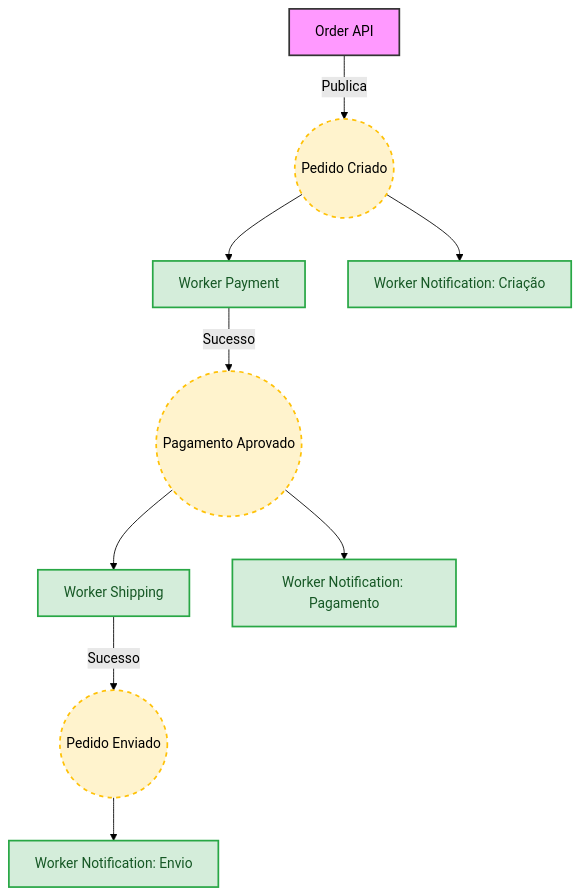
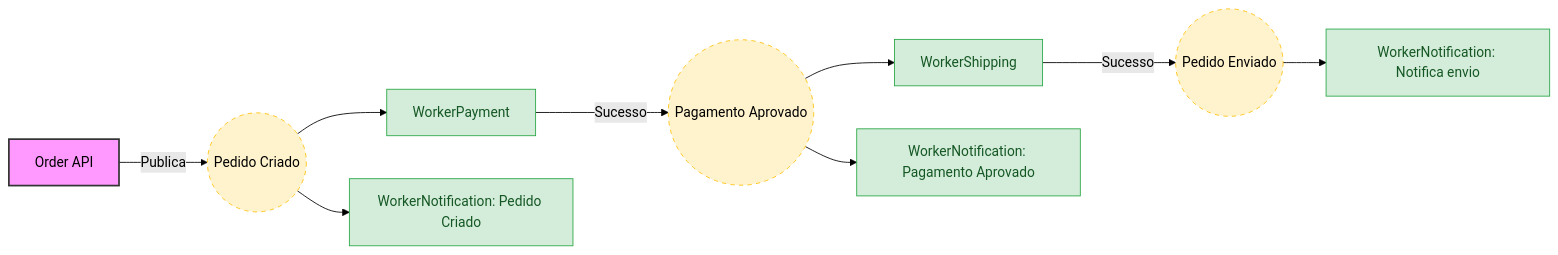
Before and after one commit to diogoss120/pedidos-mensageria-pubsub: the diagram in README.md, drawn with Mermaid (forest theme). The commit also changed 13 other files, not shown here.

````diff
--- a/README.md
+++ b/README.md
@@ -16,25 +16,24 @@
 ```mermaid
-graph TD
-    %% Nós de entrada e Processamento
+graph LR
     API[Order API] -->|Publica| T1((Pedido Criado))
     
-    T1 --> Sub2[Worker Payment]
-    T1 --> Sub3[Worker Notification: Criação]
+    T1 --> Sub2[WorkerPayment]
+    T1 --> Sub3[WorkerNotification: Pedido Criado]
 
     Sub2 -->|Sucesso| T2((Pagamento Aprovado))
     
-    T2 --> Sub1[Worker Shipping]
-    T2 --> Sub4[Worker Notification: Pagamento]
+    T2 --> Sub1[WorkerShipping]
+    T2 --> Sub4[WorkerNotification: Pagamento Aprovado]
 
     Sub1 -->|Sucesso| T3((Pedido Enviado))
     
-    T3 --> Sub5[Worker Notification: Envio]
+    T3 --> Sub5[WorkerNotification: Notifica envio]
 
-    %% Estilização para ficar "bonito" no GitHub
+    %% Estilização
     style API fill:#f9f,stroke:#333,stroke-width:2px
-    classDef worker fill:#d4edda,stroke:#28a745,stroke-width:2px,color:#155724
-    classDef event fill:#fff3cd,stroke:#ffc107,stroke-width:2px,stroke-dasharray: 5 5
+    classDef worker fill:#d4edda,stroke:#28a745,stroke-width:1px,color:#155724
+    classDef event fill:#fff3cd,stroke:#ffc107,stroke-width:1px,stroke-dasharray: 5 5
 
     class Sub1,Sub2,Sub3,Sub4,Sub5 worker
     class T1,T2,T3 event
 ```
````
